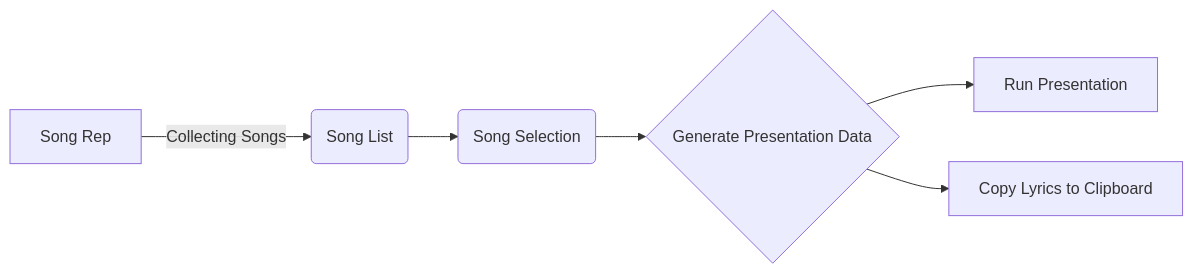
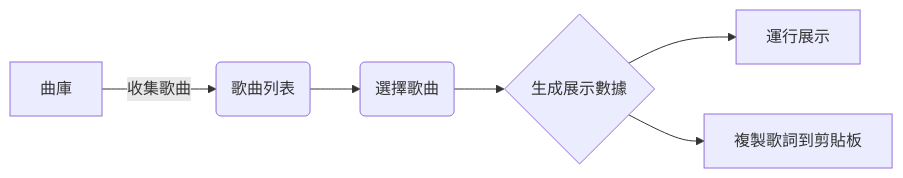
The diagram in content/tutorial/How Cantara Works.cht.md (reckel-jm/cantara-webpage), drawn with Mermaid before and after one commit. The commit also changed other lines of this file, not shown here.

```diff
--- a/content/tutorial/How Cantara Works.cht.md
+++ b/content/tutorial/How Cantara Works.cht.md
@@ -21,8 +19,8 @@
 {{<mermaid align="left">}}
 graph LR;
-    A[Song Rep] -->|Collecting Songs| B(Song List)
-    B --> C(Song Selection)
-    C --> D{Generate Presentation Data}
-    D --> E[Run Presentation]
-    D --> F[Copy Lyrics to Clipboard]
+    A[曲庫] -->|收集歌曲| B(歌曲列表)
+    B --> C(選擇歌曲)
+    C --> D{生成展示數據}
+    D --> E[運行展示]
+    D --> F[複製歌詞到剪貼板]
 {{< /mermaid >}}
```
